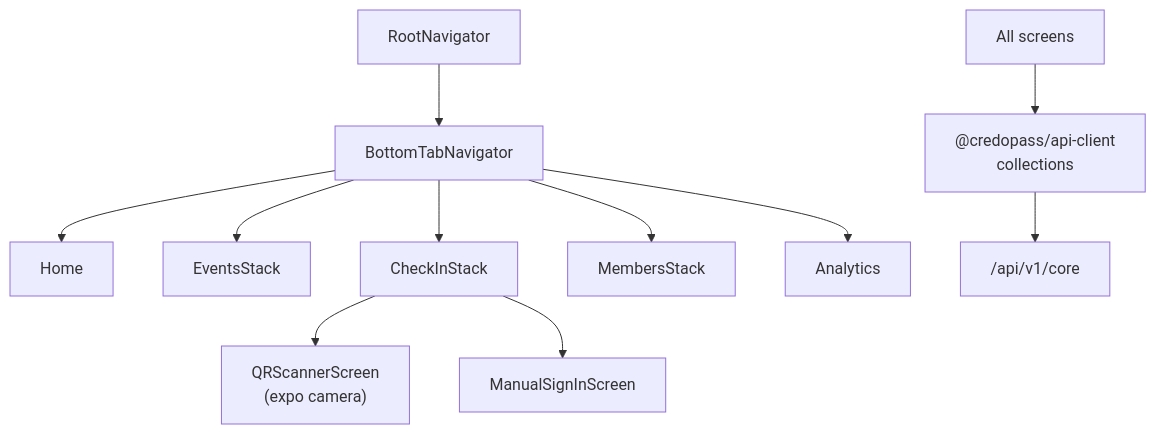
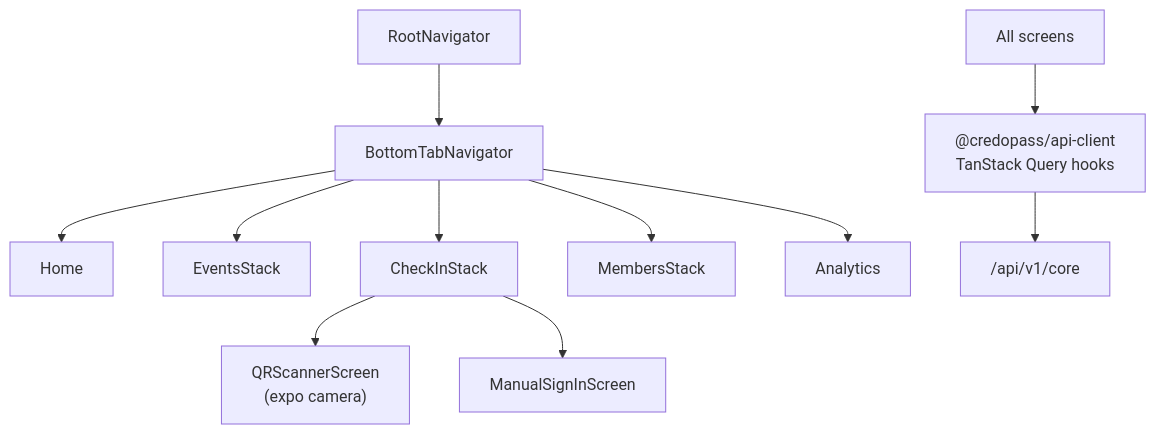
One commit to codewreaker/credopass changed the diagram in apps/mobile/README.md. Above: the diagram before and after it, drawn with Mermaid. The commit also changed other lines of this file and 39 other files, not shown here.

````diff
--- a/apps/mobile/README.md
+++ b/apps/mobile/README.md
@@ -13,13 +13,13 @@
 ```mermaid
 flowchart TD
     Root["RootNavigator"] --> Tabs["BottomTabNavigator"]
     Tabs --> Home["Home"]
     Tabs --> Events["EventsStack"]
     Tabs --> CheckIn["CheckInStack"]
     Tabs --> Members["MembersStack"]
     Tabs --> Analytics["Analytics"]
     CheckIn --> Scan["QRScannerScreen<br/>(expo camera)"]
     CheckIn --> Manual["ManualSignInScreen"]
-    Screens["All screens"] --> Col["@credopass/api-client<br/>collections"]
+    Screens["All screens"] --> Col["@credopass/api-client<br/>TanStack Query hooks"]
     Col --> API["/api/v1/core"]
 ```
````
